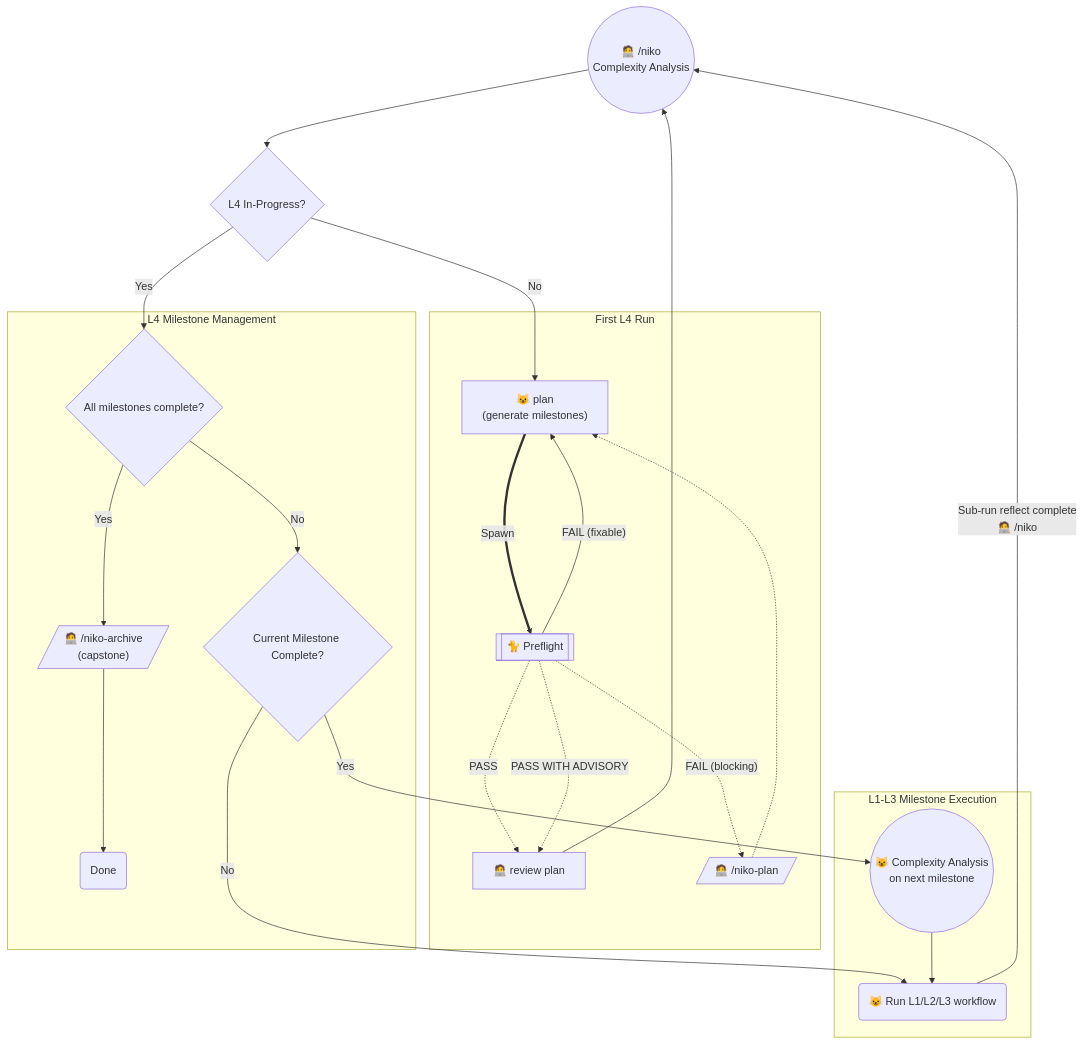
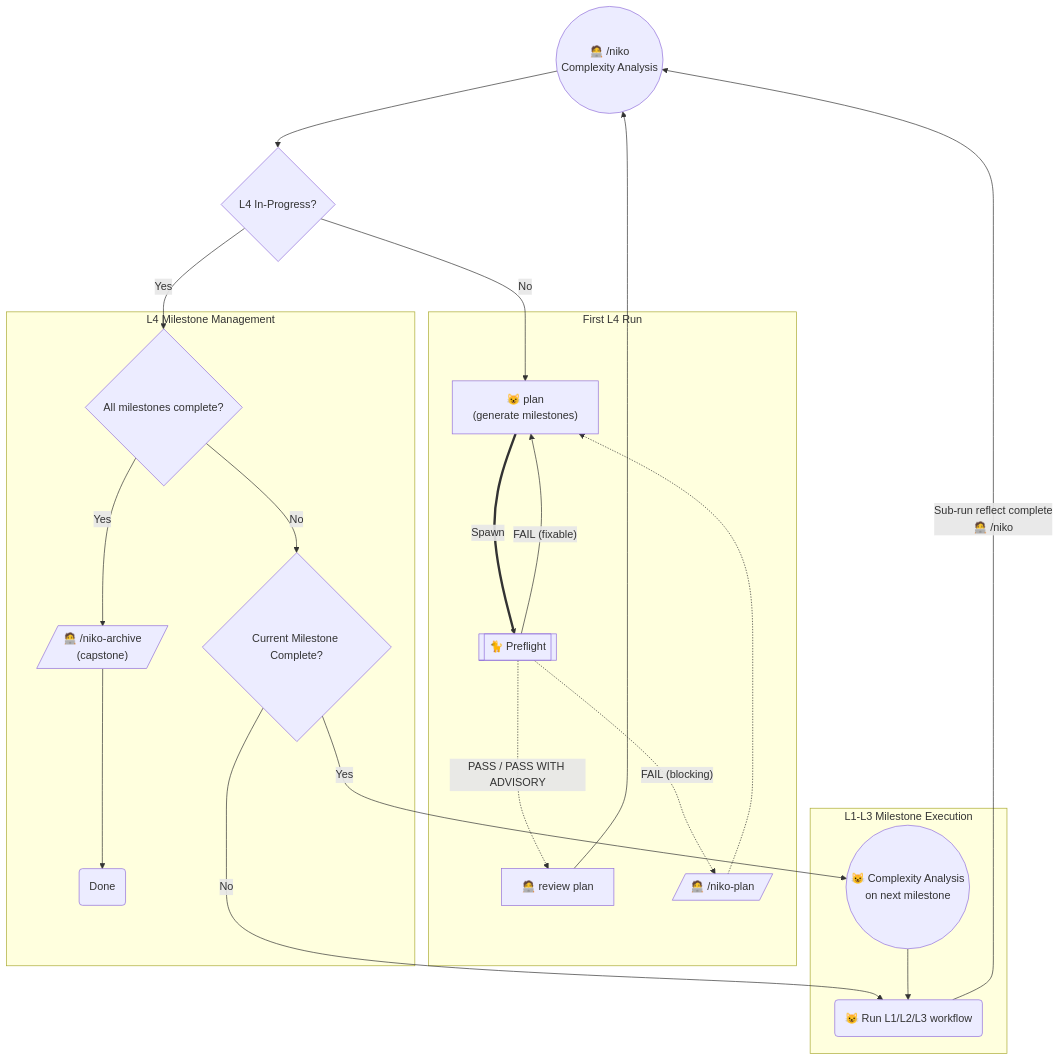
The sixth of 6 diagrams in rulesets/niko/README.md (Texarkanine/.cursor-rules), drawn with Mermaid before and after one commit. The commit also changed other lines of this file and 3 other files, not shown here.

Commit message:
fix(niko): combine Preflight PASS chart edges [#114]

````diff
--- a/rulesets/niko/README.md
+++ b/rulesets/niko/README.md
@@ -254,46 +250,45 @@
 ```mermaid
 graph TD
 
     Start(("🧑‍💻 /niko<br>Complexity Analysis"))
     CheckIfMilestones{"L4 In-Progress?"}
 
     subgraph Init["First L4 Run"]
         NikoPlan["😺 plan<br>(generate milestones)"]
         ManualReview["🧑‍💻 review plan"]
         NikoPlan ==Spawn==> NikoPreflight[["🐈 Preflight"]]
-        NikoPreflight -.->|"PASS"| ManualReview
-        NikoPreflight -.->|"PASS WITH ADVISORY"| ManualReview
+        NikoPreflight -.->|"PASS / PASS WITH ADVISORY"| ManualReview
         NikoPreflight -->|"FAIL (fixable)"| NikoPlan
         NikoPreflight -.->|"FAIL (blocking)"| ManualPlan[/"🧑‍💻 /niko-plan"/]
         ManualPlan -.-> NikoPlan
     end
 
     subgraph ReEntry["L4 Milestone Management"]
         CheckMilestoneCompletion{"All milestones complete?"}
         Capstone[/"🧑‍💻 /niko-archive<br>(capstone)"/]
         Capstone -->Done("Done")
         PrevDone{"Current Milestone Complete?"}
     end
 
     subgraph SubWorkflow["L1-L3 Milestone Execution"]
         NextSub(("😺 Complexity Analysis<br>on next milestone"))
         SubRun("😺 Run L1/L2/L3 workflow")
     end
 
     Start --> CheckIfMilestones
 
     CheckIfMilestones -->|"No"| NikoPlan
 
     ManualReview --> Start
 
     CheckIfMilestones -->|"Yes"| CheckMilestoneCompletion
     CheckMilestoneCompletion -->|"Yes"| Capstone
 
     CheckMilestoneCompletion -->|"No"| PrevDone
     PrevDone --"Yes"--> NextSub
 
     PrevDone --"No"--> SubRun
 
     NextSub --> SubRun
     SubRun -->|"Sub-run reflect complete<br>🧑‍💻 /niko"| Start
 ```
````
